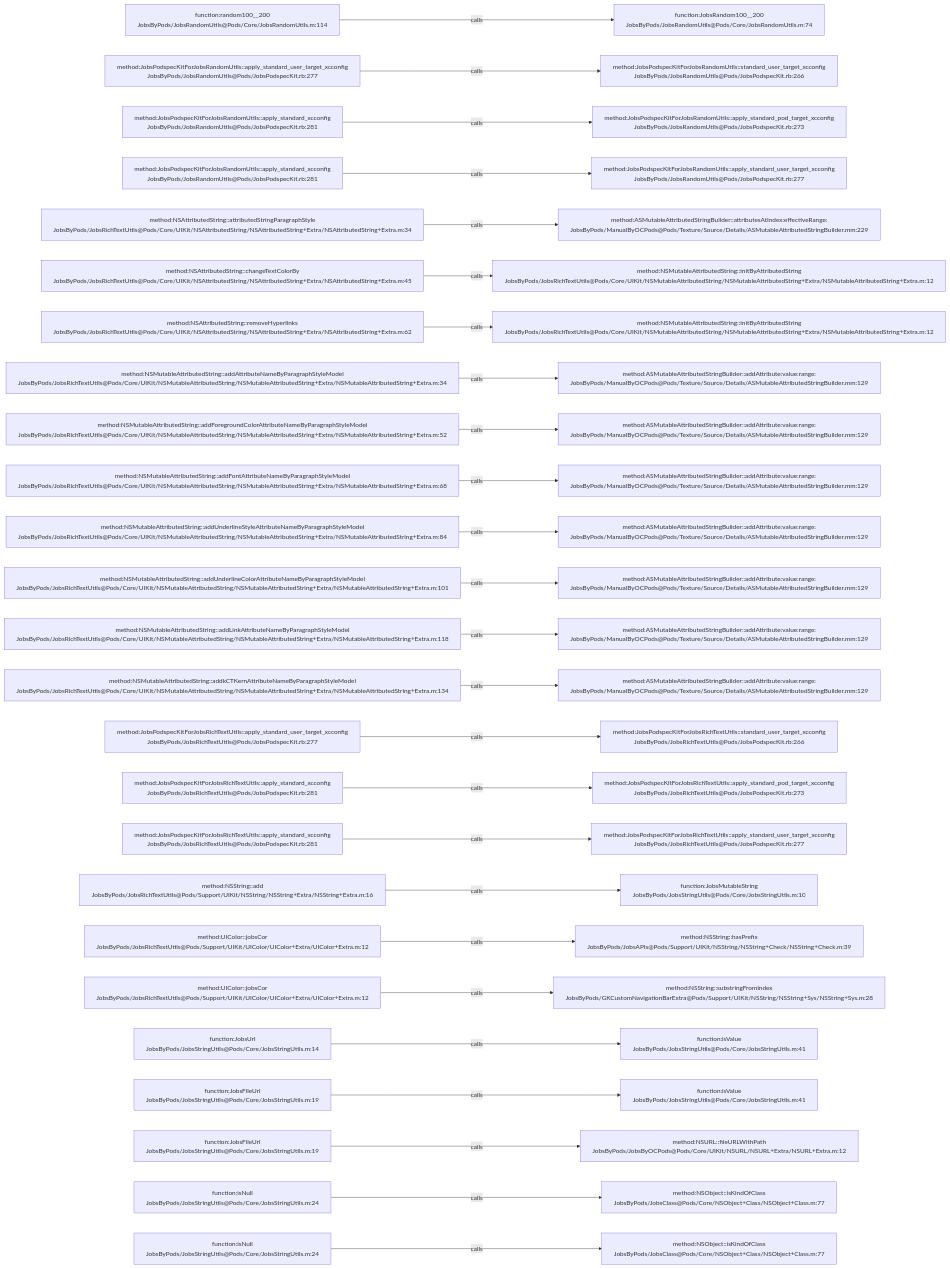
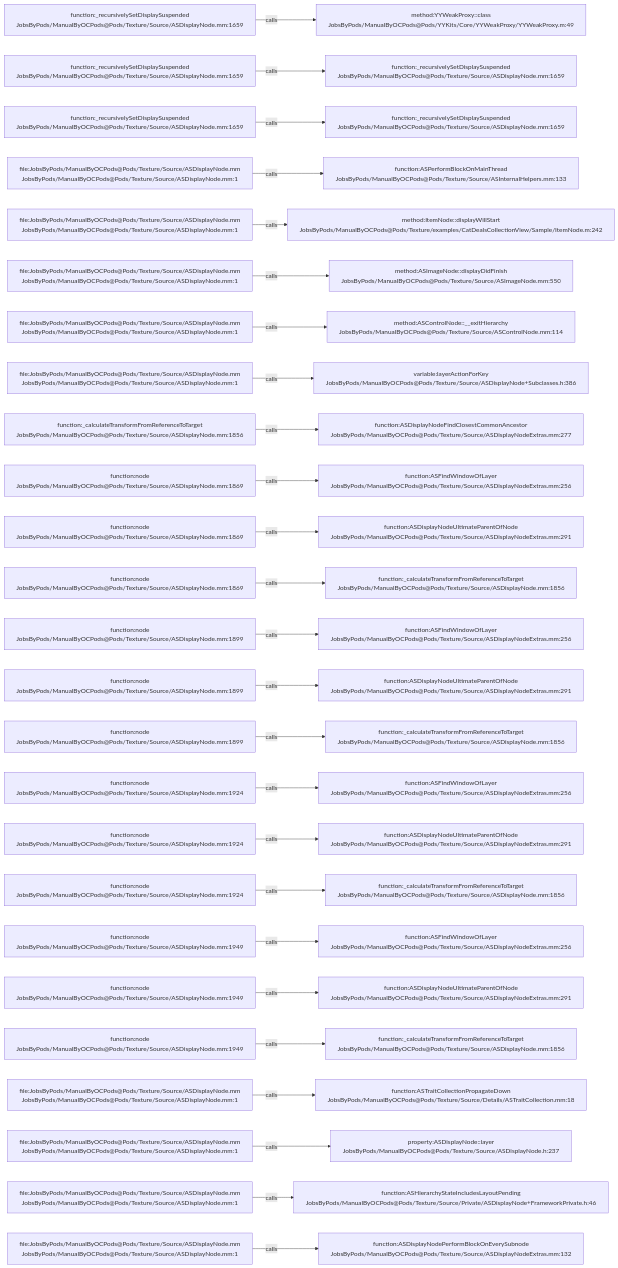
Before and after one commit to JobsKits/JobsOCBaseConfigDemo: the diagram in .codegraph/codegraph.md/graphs/calls-108.md, drawn with Mermaid. The commit also changed 2162 other files, not shown here.

````diff
--- a/.codegraph/codegraph.md/graphs/calls-108.md
+++ b/.codegraph/codegraph.md/graphs/calls-108.md
@@ -13,78 +13,78 @@
 ```mermaid
 flowchart LR
-  S1["function:random100__200<br/>JobsByPods/JobsRandomUtils@Pods/Core/JobsRandomUtils.m:114"]
-  T1["function:JobsRandom100__200<br/>JobsByPods/JobsRandomUtils@Pods/Core/JobsRandomUtils.m:74"]
+  S1["function:_recursivelySetDisplaySuspended<br/>JobsByPods/ManualByOCPods@Pods/Texture/Source/ASDisplayNode.mm:1659"]
+  T1["method:YYWeakProxy::class<br/>JobsByPods/ManualByOCPods@Pods/YYKits/Core/YYWeakProxy/YYWeakProxy.m:49"]
   S1 -->|calls| T1
-  S2["method:JobsPodspecKitForJobsRandomUtils::apply_standard_user_target_xcconfig<br/>JobsByPods/JobsRandomUtils@Pods/JobsPodspecKit.rb:277"]
-  T2["method:JobsPodspecKitForJobsRandomUtils::standard_user_target_xcconfig<br/>JobsByPods/JobsRandomUtils@Pods/JobsPodspecKit.rb:266"]
+  S2["function:_recursivelySetDisplaySuspended<br/>JobsByPods/ManualByOCPods@Pods/Texture/Source/ASDisplayNode.mm:1659"]
+  T2["function:_recursivelySetDisplaySuspended<br/>JobsByPods/ManualByOCPods@Pods/Texture/Source/ASDisplayNode.mm:1659"]
   S2 -->|calls| T2
-  S3["method:JobsPodspecKitForJobsRandomUtils::apply_standard_xcconfig<br/>JobsByPods/JobsRandomUtils@Pods/JobsPodspecKit.rb:281"]
-  T3["method:JobsPodspecKitForJobsRandomUtils::apply_standard_pod_target_xcconfig<br/>JobsByPods/JobsRandomUtils@Pods/JobsPodspecKit.rb:273"]
+  S3["function:_recursivelySetDisplaySuspended<br/>JobsByPods/ManualByOCPods@Pods/Texture/Source/ASDisplayNode.mm:1659"]
+  T3["function:_recursivelySetDisplaySuspended<br/>JobsByPods/ManualByOCPods@Pods/Texture/Source/ASDisplayNode.mm:1659"]
   S3 -->|calls| T3
-  S4["method:JobsPodspecKitForJobsRandomUtils::apply_standard_xcconfig<br/>JobsByPods/JobsRandomUtils@Pods/JobsPodspecKit.rb:281"]
-  T4["method:JobsPodspecKitForJobsRandomUtils::apply_standard_user_target_xcconfig<br/>JobsByPods/JobsRandomUtils@Pods/JobsPodspecKit.rb:277"]
+  S4["file:JobsByPods/ManualByOCPods@Pods/Texture/Source/ASDisplayNode.mm<br/>JobsByPods/ManualByOCPods@Pods/Texture/Source/ASDisplayNode.mm:1"]
+  T4["function:ASPerformBlockOnMainThread<br/>JobsByPods/ManualByOCPods@Pods/Texture/Source/ASInternalHelpers.mm:133"]
   S4 -->|calls| T4
-  S5["method:NSAttributedString::attributedStringParagraphStyle<br/>JobsByPods/JobsRichTextUtils@Pods/Core/UIKit/NSAttributedString/NSAttributedString+Extra/NSAttributedString+Extra.m:34"]
-  T5["method:ASMutableAttributedStringBuilder::attributesAtIndex:effectiveRange:<br/>JobsByPods/ManualByOCPods@Pods/Texture/Source/Details/ASMutableAttributedStringBuilder.mm:229"]
+  S5["file:JobsByPods/ManualByOCPods@Pods/Texture/Source/ASDisplayNode.mm<br/>JobsByPods/ManualByOCPods@Pods/Texture/Source/ASDisplayNode.mm:1"]
+  T5["method:ItemNode::displayWillStart<br/>JobsByPods/ManualByOCPods@Pods/Texture/examples/CatDealsCollectionView/Sample/ItemNode.m:242"]
   S5 -->|calls| T5
-  S6["method:NSAttributedString::changeTextColorBy<br/>JobsByPods/JobsRichTextUtils@Pods/Core/UIKit/NSAttributedString/NSAttributedString+Extra/NSAttributedString+Extra.m:45"]
-  T6["method:NSMutableAttributedString::initByAttributedString<br/>JobsByPods/JobsRichTextUtils@Pods/Core/UIKit/NSMutableAttributedString/NSMutableAttributedString+Extra/NSMutableAttributedString+Extra.m:12"]
+  S6["file:JobsByPods/ManualByOCPods@Pods/Texture/Source/ASDisplayNode.mm<br/>JobsByPods/ManualByOCPods@Pods/Texture/Source/ASDisplayNode.mm:1"]
+  T6["method:ASImageNode::displayDidFinish<br/>JobsByPods/ManualByOCPods@Pods/Texture/Source/ASImageNode.mm:550"]
   S6 -->|calls| T6
-  S7["method:NSAttributedString::removeHyperlinks<br/>JobsByPods/JobsRichTextUtils@Pods/Core/UIKit/NSAttributedString/NSAttributedString+Extra/NSAttributedString+Extra.m:62"]
-  T7["method:NSMutableAttributedString::initByAttributedString<br/>JobsByPods/JobsRichTextUtils@Pods/Core/UIKit/NSMutableAttributedString/NSMutableAttributedString+Extra/NSMutableAttributedString+Extra.m:12"]
+  S7["file:JobsByPods/ManualByOCPods@Pods/Texture/Source/ASDisplayNode.mm<br/>JobsByPods/ManualByOCPods@Pods/Texture/Source/ASDisplayNode.mm:1"]
+  T7["method:ASControlNode::__exitHierarchy<br/>JobsByPods/ManualByOCPods@Pods/Texture/Source/ASControlNode.mm:114"]
   S7 -->|calls| T7
-  S8["method:NSMutableAttributedString::addAttributeNameByParagraphStyleModel<br/>JobsByPods/JobsRichTextUtils@Pods/Core/UIKit/NSMutableAttributedString/NSMutableAttributedString+Extra/NSMutableAttributedString+Extra.m:34"]
-  T8["method:ASMutableAttributedStringBuilder::addAttribute:value:range:<br/>JobsByPods/ManualByOCPods@Pods/Texture/Source/Details/ASMutableAttributedStringBuilder.mm:129"]
+  S8["file:JobsByPods/ManualByOCPods@Pods/Texture/Source/ASDisplayNode.mm<br/>JobsByPods/ManualByOCPods@Pods/Texture/Source/ASDisplayNode.mm:1"]
+  T8["variable:layerActionForKey<br/>JobsByPods/ManualByOCPods@Pods/Texture/Source/ASDisplayNode+Subclasses.h:386"]
   S8 -->|calls| T8
-  S9["method:NSMutableAttributedString::addForegroundColorAttributeNameByParagraphStyleModel<br/>JobsByPods/JobsRichTextUtils@Pods/Core/UIKit/NSMutableAttributedString/NSMutableAttributedString+Extra/NSMutableAttributedString+Extra.m:52"]
-  T9["method:ASMutableAttributedStringBuilder::addAttribute:value:range:<br/>JobsByPods/ManualByOCPods@Pods/Texture/Source/Details/ASMutableAttributedStringBuilder.mm:129"]
+  S9["function:_calculateTransformFromReferenceToTarget<br/>JobsByPods/ManualByOCPods@Pods/Texture/Source/ASDisplayNode.mm:1856"]
+  T9["function:ASDisplayNodeFindClosestCommonAncestor<br/>JobsByPods/ManualByOCPods@Pods/Texture/Source/ASDisplayNodeExtras.mm:277"]
   S9 -->|calls| T9
-  S10["method:NSMutableAttributedString::addFontAttributeNameByParagraphStyleModel<br/>JobsByPods/JobsRichTextUtils@Pods/Core/UIKit/NSMutableAttributedString/NSMutableAttributedString+Extra/NSMutableAttributedString+Extra.m:68"]
-  T10["method:ASMutableAttributedStringBuilder::addAttribute:value:range:<br/>JobsByPods/ManualByOCPods@Pods/Texture/Source/Details/ASMutableAttributedStringBuilder.mm:129"]
+  S10["function:node<br/>JobsByPods/ManualByOCPods@Pods/Texture/Source/ASDisplayNode.mm:1869"]
+  T10["function:ASFindWindowOfLayer<br/>JobsByPods/ManualByOCPods@Pods/Texture/Source/ASDisplayNodeExtras.mm:256"]
   S10 -->|calls| T10
-  S11["method:NSMutableAttributedString::addUnderlineStyleAttributeNameByParagraphStyleModel<br/>JobsByPods/JobsRichTextUtils@Pods/Core/UIKit/NSMutableAttributedString/NSMutableAttributedString+Extra/NSMutableAttributedString+Extra.m:84"]
-  T11["method:ASMutableAttributedStringBuilder::addAttribute:value:range:<br/>JobsByPods/ManualByOCPods@Pods/Texture/Source/Details/ASMutableAttributedStringBuilder.mm:129"]
+  S11["function:node<br/>JobsByPods/ManualByOCPods@Pods/Texture/Source/ASDisplayNode.mm:1869"]
+  T11["function:ASDisplayNodeUltimateParentOfNode<br/>JobsByPods/ManualByOCPods@Pods/Texture/Source/ASDisplayNodeExtras.mm:291"]
   S11 -->|calls| T11
-  S12["method:NSMutableAttributedString::addUnderlineColorAttributeNameByParagraphStyleModel<br/>JobsByPods/JobsRichTextUtils@Pods/Core/UIKit/NSMutableAttributedString/NSMutableAttributedString+Extra/NSMutableAttributedString+Extra.m:101"]
-  T12["method:ASMutableAttributedStringBuilder::addAttribute:value:range:<br/>JobsByPods/ManualByOCPods@Pods/Texture/Source/Details/ASMutableAttributedStringBuilder.mm:129"]
+  S12["function:node<br/>JobsByPods/ManualByOCPods@Pods/Texture/Source/ASDisplayNode.mm:1869"]
+  T12["function:_calculateTransformFromReferenceToTarget<br/>JobsByPods/ManualByOCPods@Pods/Texture/Source/ASDisplayNode.mm:1856"]
   S12 -->|calls| T12
-  S13["method:NSMutableAttributedString::addLinkAttributeNameByParagraphStyleModel<br/>JobsByPods/JobsRichTextUtils@Pods/Core/UIKit/NSMutableAttributedString/NSMutableAttributedString+Extra/NSMutableAttributedString+Extra.m:118"]
-  T13["method:ASMutableAttributedStringBuilder::addAttribute:value:range:<br/>JobsByPods/ManualByOCPods@Pods/Texture/Source/Details/ASMutableAttributedStringBuilder.mm:129"]
+  S13["function:node<br/>JobsByPods/ManualByOCPods@Pods/Texture/Source/ASDisplayNode.mm:1899"]
+  T13["function:ASFindWindowOfLayer<br/>JobsByPods/ManualByOCPods@Pods/Texture/Source/ASDisplayNodeExtras.mm:256"]
   S13 -->|calls| T13
-  S14["method:NSMutableAttributedString::addkCTKernAttributeNameByParagraphStyleModel<br/>JobsByPods/JobsRichTextUtils@Pods/Core/UIKit/NSMutableAttributedString/NSMutableAttributedString+Extra/NSMutableAttributedString+Extra.m:134"]
-  T14["method:ASMutableAttributedStringBuilder::addAttribute:value:range:<br/>JobsByPods/ManualByOCPods@Pods/Texture/Source/Details/ASMutableAttributedStringBuilder.mm:129"]
+  S14["function:node<br/>JobsByPods/ManualByOCPods@Pods/Texture/Source/ASDisplayNode.mm:1899"]
+  T14["function:ASDisplayNodeUltimateParentOfNode<br/>JobsByPods/ManualByOCPods@Pods/Texture/Source/ASDisplayNodeExtras.mm:291"]
   S14 -->|calls| T14
-  S15["method:JobsPodspecKitForJobsRichTextUtils::apply_standard_user_target_xcconfig<br/>JobsByPods/JobsRichTextUtils@Pods/JobsPodspecKit.rb:277"]
-  T15["method:JobsPodspecKitForJobsRichTextUtils::standard_user_target_xcconfig<br/>JobsByPods/JobsRichTextUtils@Pods/JobsPodspecKit.rb:266"]
+  S15["function:node<br/>JobsByPods/ManualByOCPods@Pods/Texture/Source/ASDisplayNode.mm:1899"]
+  T15["function:_calculateTransformFromReferenceToTarget<br/>JobsByPods/ManualByOCPods@Pods/Texture/Source/ASDisplayNode.mm:1856"]
   S15 -->|calls| T15
-  S16["method:JobsPodspecKitForJobsRichTextUtils::apply_standard_xcconfig<br/>JobsByPods/JobsRichTextUtils@Pods/JobsPodspecKit.rb:281"]
-  T16["method:JobsPodspecKitForJobsRichTextUtils::apply_standard_pod_target_xcconfig<br/>JobsByPods/JobsRichTextUtils@Pods/JobsPodspecKit.rb:273"]
+  S16["function:node<br/>JobsByPods/ManualByOCPods@Pods/Texture/Source/ASDisplayNode.mm:1924"]
+  T16["function:ASFindWindowOfLayer<br/>JobsByPods/ManualByOCPods@Pods/Texture/Source/ASDisplayNodeExtras.mm:256"]
   S16 -->|calls| T16
-  S17["method:JobsPodspecKitForJobsRichTextUtils::apply_standard_xcconfig<br/>JobsByPods/JobsRichTextUtils@Pods/JobsPodspecKit.rb:281"]
-  T17["method:JobsPodspecKitForJobsRichTextUtils::apply_standard_user_target_xcconfig<br/>JobsByPods/JobsRichTextUtils@Pods/JobsPodspecKit.rb:277"]
+  S17["function:node<br/>JobsByPods/ManualByOCPods@Pods/Texture/Source/ASDisplayNode.mm:1924"]
+  T17["function:ASDisplayNodeUltimateParentOfNode<br/>JobsByPods/ManualByOCPods@Pods/Texture/Source/ASDisplayNodeExtras.mm:291"]
   S17 -->|calls| T17
-  S18["method:NSString::add<br/>JobsByPods/JobsRichTextUtils@Pods/Support/UIKit/NSString/NSString+Extra/NSString+Extra.m:16"]
-  T18["function:JobsMutableString<br/>JobsByPods/JobsStringUtils@Pods/Core/JobsStringUtils.m:10"]
+  S18["function:node<br/>JobsByPods/ManualByOCPods@Pods/Texture/Source/ASDisplayNode.mm:1924"]
+  T18["function:_calculateTransformFromReferenceToTarget<br/>JobsByPods/ManualByOCPods@Pods/Texture/Source/ASDisplayNode.mm:1856"]
   S18 -->|calls| T18
-  S19["method:UIColor::jobsCor<br/>JobsByPods/JobsRichTextUtils@Pods/Support/UIKit/UIColor/UIColor+Extra/UIColor+Extra.m:12"]
-  T19["method:NSString::hasPrefix<br/>JobsByPods/JobsAPIs@Pods/Support/UIKit/NSString/NSString+Check/NSString+Check.m:39"]
+  S19["function:node<br/>JobsByPods/ManualByOCPods@Pods/Texture/Source/ASDisplayNode.mm:1949"]
+  T19["function:ASFindWindowOfLayer<br/>JobsByPods/ManualByOCPods@Pods/Texture/Source/ASDisplayNodeExtras.mm:256"]
   S19 -->|calls| T19
-  S20["method:UIColor::jobsCor<br/>JobsByPods/JobsRichTextUtils@Pods/Support/UIKit/UIColor/UIColor+Extra/UIColor+Extra.m:12"]
-  T20["method:NSString::substringFromIndex<br/>JobsByPods/GKCustomNavigationBarExtra@Pods/Support/UIKit/NSString/NSString+Sys/NSString+Sys.m:28"]
+  S20["function:node<br/>JobsByPods/ManualByOCPods@Pods/Texture/Source/ASDisplayNode.mm:1949"]
+  T20["function:ASDisplayNodeUltimateParentOfNode<br/>JobsByPods/ManualByOCPods@Pods/Texture/Source/ASDisplayNodeExtras.mm:291"]
   S20 -->|calls| T20
-  S21["function:JobsUrl<br/>JobsByPods/JobsStringUtils@Pods/Core/JobsStringUtils.m:14"]
-  T21["function:isValue<br/>JobsByPods/JobsStringUtils@Pods/Core/JobsStringUtils.m:41"]
+  S21["function:node<br/>JobsByPods/ManualByOCPods@Pods/Texture/Source/ASDisplayNode.mm:1949"]
+  T21["function:_calculateTransformFromReferenceToTarget<br/>JobsByPods/ManualByOCPods@Pods/Texture/Source/ASDisplayNode.mm:1856"]
   S21 -->|calls| T21
-  S22["function:JobsFileUrl<br/>JobsByPods/JobsStringUtils@Pods/Core/JobsStringUtils.m:19"]
-  T22["function:isValue<br/>JobsByPods/JobsStringUtils@Pods/Core/JobsStringUtils.m:41"]
+  S22["file:JobsByPods/ManualByOCPods@Pods/Texture/Source/ASDisplayNode.mm<br/>JobsByPods/ManualByOCPods@Pods/Texture/Source/ASDisplayNode.mm:1"]
+  T22["function:ASTraitCollectionPropagateDown<br/>JobsByPods/ManualByOCPods@Pods/Texture/Source/Details/ASTraitCollection.mm:18"]
   S22 -->|calls| T22
-  S23["function:JobsFileUrl<br/>JobsByPods/JobsStringUtils@Pods/Core/JobsStringUtils.m:19"]
-  T23["method:NSURL::fileURLWithPath<br/>JobsByPods/JobsByOCPods@Pods/Core/UIKit/NSURL/NSURL+Extra/NSURL+Extra.m:12"]
+  S23["file:JobsByPods/ManualByOCPods@Pods/Texture/Source/ASDisplayNode.mm<br/>JobsByPods/ManualByOCPods@Pods/Texture/Source/ASDisplayNode.mm:1"]
+  T23["property:ASDisplayNode::layer<br/>JobsByPods/ManualByOCPods@Pods/Texture/Source/ASDisplayNode.h:237"]
   S23 -->|calls| T23
-  S24["function:isNull<br/>JobsByPods/JobsStringUtils@Pods/Core/JobsStringUtils.m:24"]
-  T24["method:NSObject::isKindOfClass<br/>JobsByPods/JobsClass@Pods/Core/NSObject+Class/NSObject+Class.m:77"]
+  S24["file:JobsByPods/ManualByOCPods@Pods/Texture/Source/ASDisplayNode.mm<br/>JobsByPods/ManualByOCPods@Pods/Texture/Source/ASDisplayNode.mm:1"]
+  T24["function:ASHierarchyStateIncludesLayoutPending<br/>JobsByPods/ManualByOCPods@Pods/Texture/Source/Private/ASDisplayNode+FrameworkPrivate.h:46"]
   S24 -->|calls| T24
-  S25["function:isNull<br/>JobsByPods/JobsStringUtils@Pods/Core/JobsStringUtils.m:24"]
-  T25["method:NSObject::isKindOfClass<br/>JobsByPods/JobsClass@Pods/Core/NSObject+Class/NSObject+Class.m:77"]
+  S25["file:JobsByPods/ManualByOCPods@Pods/Texture/Source/ASDisplayNode.mm<br/>JobsByPods/ManualByOCPods@Pods/Texture/Source/ASDisplayNode.mm:1"]
+  T25["function:ASDisplayNodePerformBlockOnEverySubnode<br/>JobsByPods/ManualByOCPods@Pods/Texture/Source/ASDisplayNodeExtras.mm:132"]
   S25 -->|calls| T25
 ```
````
